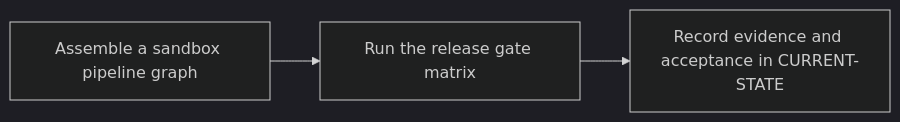
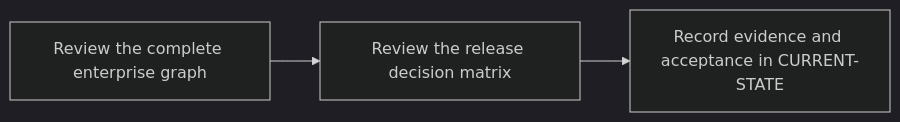
The diagram in docs/roadmap/P11.md (cdcdd15/git-runners-rust), drawn with Mermaid (dark theme) before and after one commit. The commit also changed other lines of this file and 22 other files, not shown here.

Commit message:
docs: complete P0 and adopt a knowledge-first roadmap

````diff
--- a/docs/roadmap/P11.md
+++ b/docs/roadmap/P11.md
@@ -9,5 +9,5 @@
 ```mermaid
 flowchart LR
-    Input["Assemble a sandbox pipeline graph"] --> Validation["Run the release gate matrix"]
+    Input["Review the complete enterprise graph"] --> Validation["Review the release decision matrix"]
     Validation --> Evidence["Record evidence and acceptance in CURRENT-STATE"]
 ```
````
